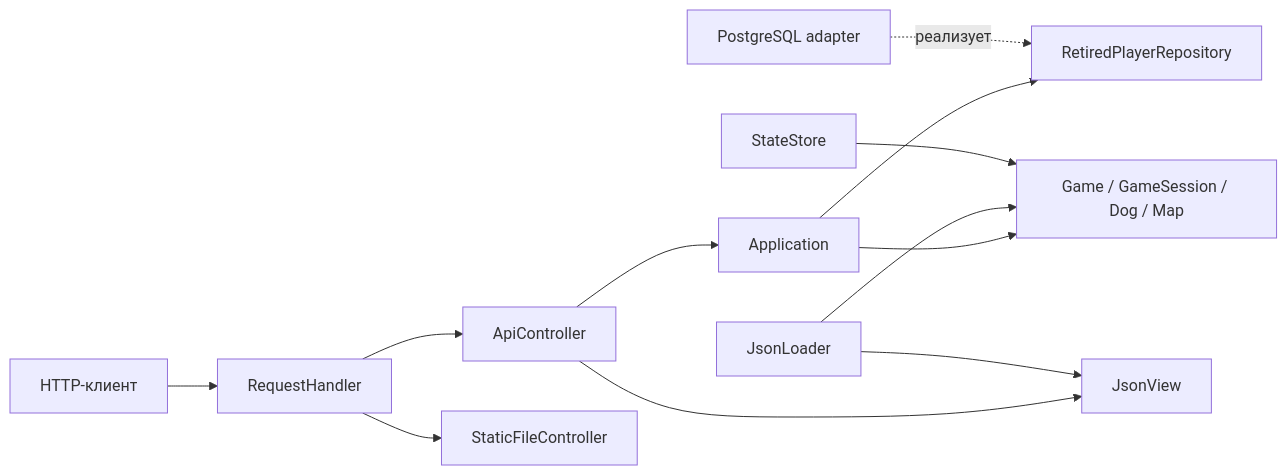
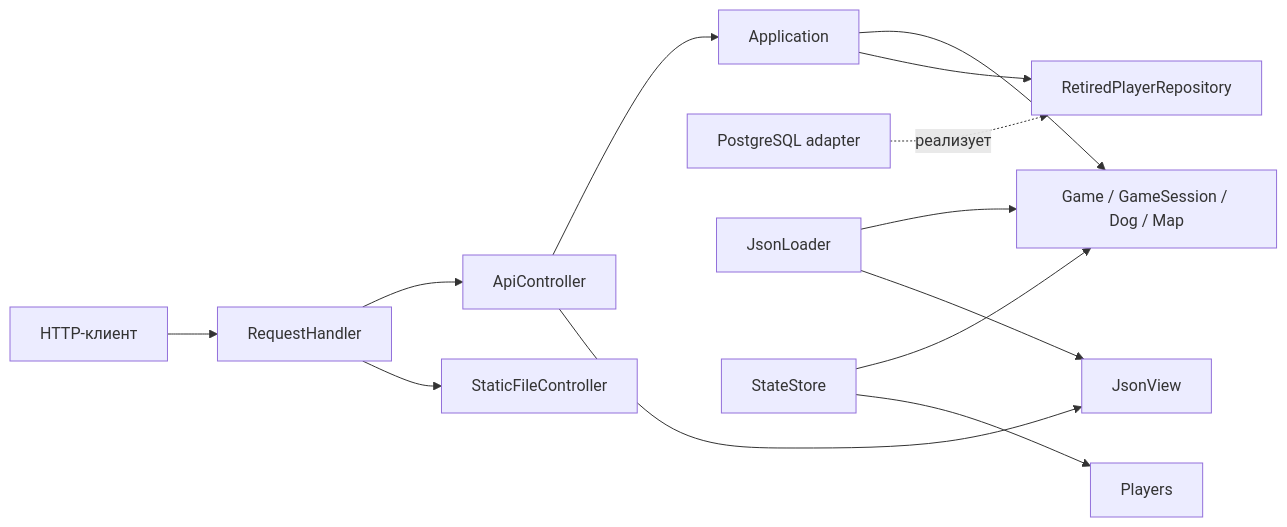
The diagram in docs/architecture.md (ALLeksandrOrlov/dog-story-server), drawn with Mermaid before and after one commit. The commit also changed other lines of this file and 131 other files, not shown here.

````diff
--- a/docs/architecture.md
+++ b/docs/architecture.md
@@ -3,14 +8,15 @@
 ```mermaid
 flowchart LR
     Client[HTTP-клиент] --> Router[RequestHandler]
     Router --> API[ApiController]
     Router --> Files[StaticFileController]
     API --> App[Application]
     API --> View[JsonView]
     App --> Domain[Game / GameSession / Dog / Map]
     App --> Port[RetiredPlayerRepository]
     Postgres[PostgreSQL adapter] -. реализует .-> Port
     Config[JsonLoader] --> Domain
     Config --> View
     Snapshot[StateStore] --> Domain
+    Snapshot --> Players[Players]
 ```
````
